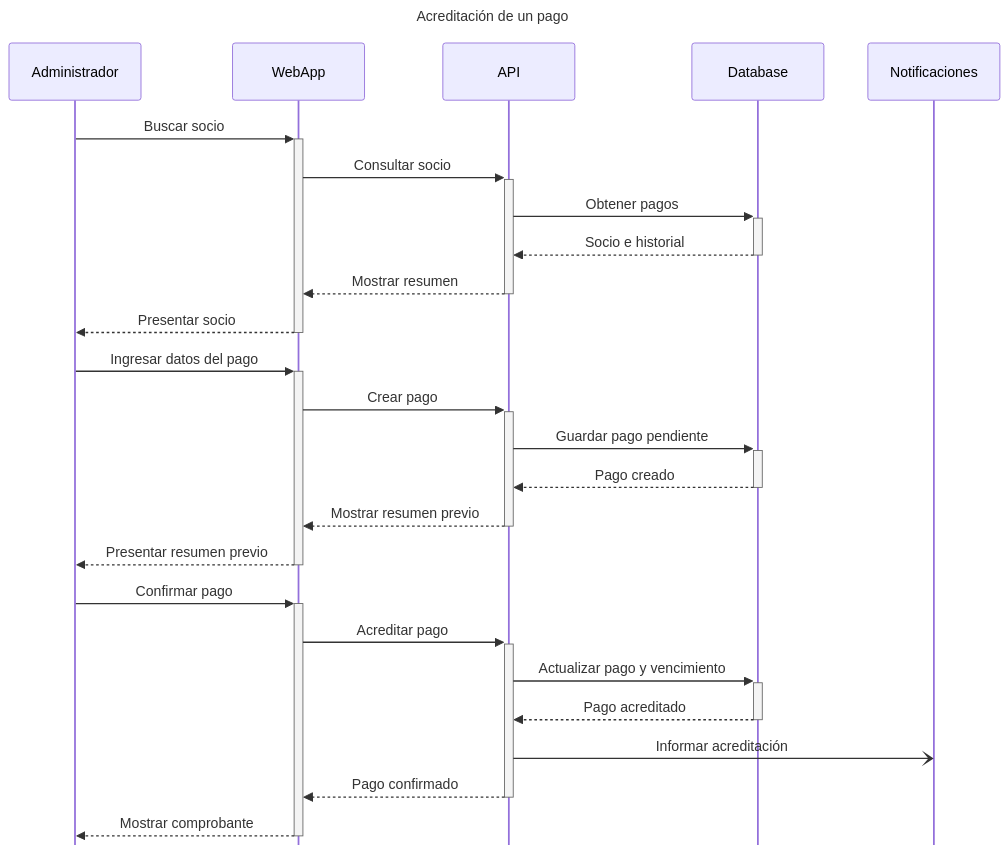
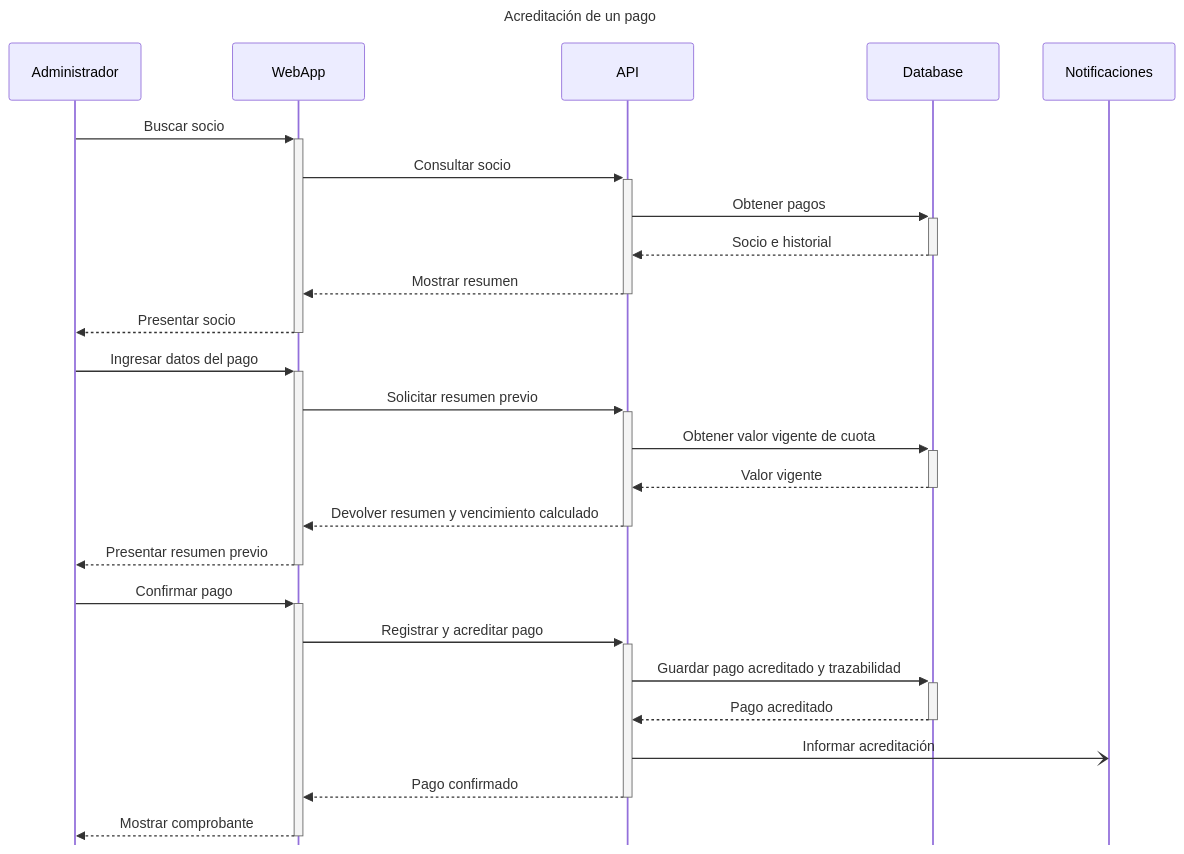
The second of 6 diagrams in docs/diagramas-de-secuencia.md (MTeamOrg/MTeamBackend), drawn with Mermaid before and after one commit. The commit also changed other lines of this file, not shown here.

Commit message:
docs: align payment sequence with accreditation model

````diff
--- a/docs/diagramas-de-secuencia.md
+++ b/docs/diagramas-de-secuencia.md
@@ -36,30 +36,30 @@
 ```mermaid
 %%{init: {"sequence": {"mirrorActors": false}}}%%
 sequenceDiagram
     title Acreditación de un pago
     participant Administrador
     participant WebApp
     participant API
     participant Database
     participant Notificaciones
 
     Administrador->>+WebApp: Buscar socio
     WebApp->>+API: Consultar socio
     API->>+Database: Obtener pagos
     Database-->>-API: Socio e historial
     API-->>-WebApp: Mostrar resumen
     WebApp-->>-Administrador: Presentar socio
     Administrador->>+WebApp: Ingresar datos del pago
-    WebApp->>+API: Crear pago
-    API->>+Database: Guardar pago pendiente
-    Database-->>-API: Pago creado
-    API-->>-WebApp: Mostrar resumen previo
+    WebApp->>+API: Solicitar resumen previo
+    API->>+Database: Obtener valor vigente de cuota
+    Database-->>-API: Valor vigente
+    API-->>-WebApp: Devolver resumen y vencimiento calculado
     WebApp-->>-Administrador: Presentar resumen previo
     Administrador->>+WebApp: Confirmar pago
-    WebApp->>+API: Acreditar pago
-    API->>+Database: Actualizar pago y vencimiento
+    WebApp->>+API: Registrar y acreditar pago
+    API->>+Database: Guardar pago acreditado y trazabilidad
     Database-->>-API: Pago acreditado
     API-)Notificaciones: Informar acreditación
     API-->>-WebApp: Pago confirmado
     WebApp-->>-Administrador: Mostrar comprobante
 ```
````
